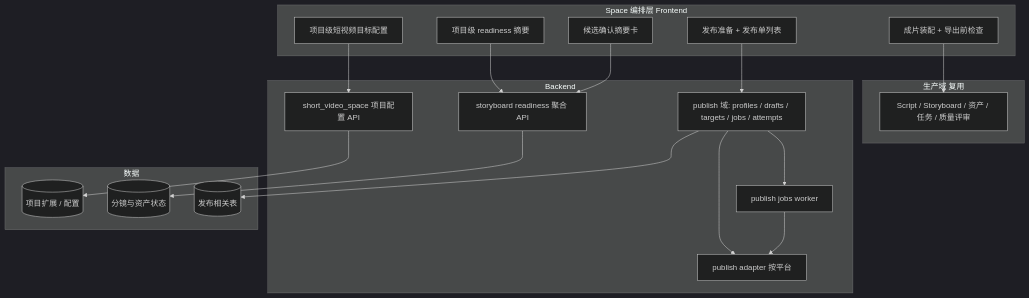
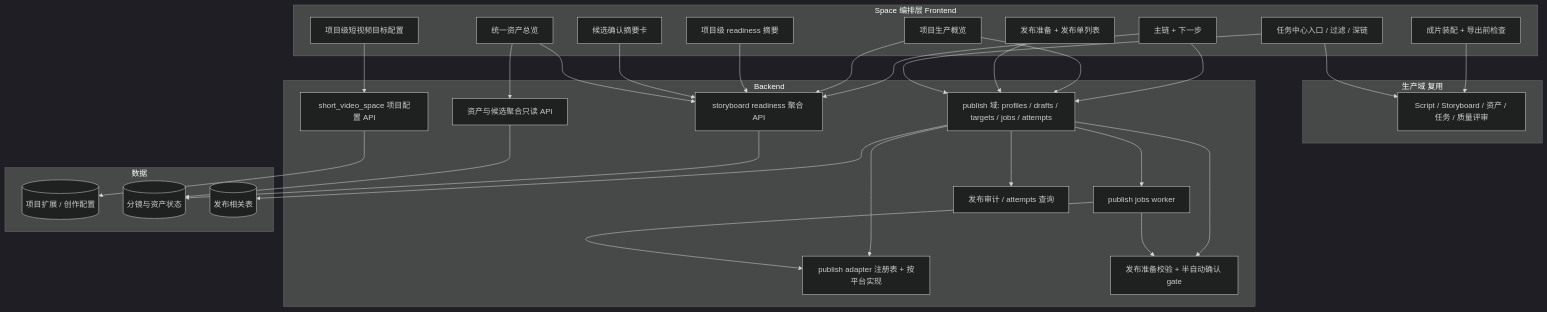
The diagram in .kiro/specs/short-video-space/design.md (hebingbing123/Toonflow-app), drawn with Mermaid (dark theme) before and after one commit. The commit also changed other lines of this file and 2 other files, not shown here.

Commit message:
docs(kiro): expand short-video-space spec to match space docs
AI decision: split merged bullets into traceable requirements and ~50 granular tasks plus a doc→requirement traceability table. 完成 补齐主链/下一步/生产概览、Jellyfish 扩展 readiness、资产总览、publish_profiles 与 draft 字段、半自动 gate、审计、任务中心过滤与深链、平台 stub 矩阵等遗漏项。

````diff
--- a/.kiro/specs/short-video-space/design.md
+++ b/.kiro/specs/short-video-space/design.md
@@ -9,40 +9,59 @@
 ```mermaid
 graph TB
     subgraph "Space 编排层 Frontend"
+        PIPE[主链 + 下一步]
+        OV[项目生产概览]
         CFG[项目级短视频目标配置]
         RSUM[项目级 readiness 摘要]
         CCAND[候选确认摘要卡]
+        AOV[统一资产总览]
         ASM[成片装配 + 导出前检查]
         PPREP[发布准备 + 发布单列表]
+        TC[任务中心入口 / 过滤 / 深链]
     end
 
     subgraph "生产域 复用"
         SW[Script / Storyboard / 资产 / 任务 / 质量评审]
     end
 
     subgraph "Backend"
         SVAPI[short_video_space 项目配置 API]
         RDAPI[storyboard readiness 聚合 API]
+        AST[资产与候选聚合只读 API]
         PUB[publish 域: profiles / drafts / targets / jobs / attempts]
-        ADP[publish adapter 按平台]
+        ADP[publish adapter 注册表 + 按平台实现]
+        VAL[发布准备校验 + 半自动确认 gate]
         WK[publish jobs worker]
+        AUD[发布审计 / attempts 查询]
     end
 
     subgraph "数据"
-        PROJ[(项目扩展 / 配置)]
+        PROJ[(项目扩展 / 创作配置)]
         SB[(分镜与资产状态)]
         PUBDB[(发布相关表)]
     end
 
+    PIPE --> RDAPI
+    PIPE --> PUB
+    OV --> RDAPI
+    OV --> PUB
     CFG --> SVAPI
     RSUM --> RDAPI
     CCAND --> RDAPI
+    AOV --> AST
+    AOV --> RDAPI
     ASM --> SW
     PPREP --> PUB
+    TC --> SW
+    TC --> PUB
     SVAPI --> PROJ
     RDAPI --> SB
+    AST --> SB
     PUB --> PUBDB
+    PUB --> VAL
     PUB --> ADP
     PUB --> WK
+    PUB --> AUD
     WK --> ADP
+    WK --> VAL
 ```
````
